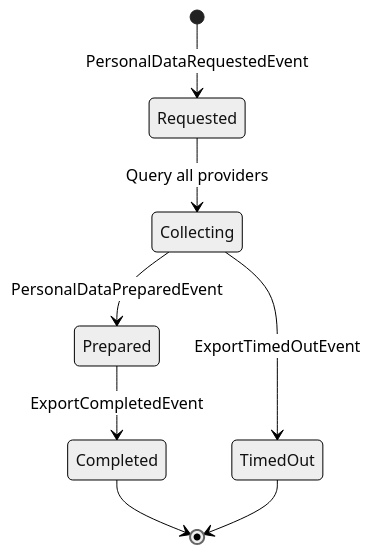
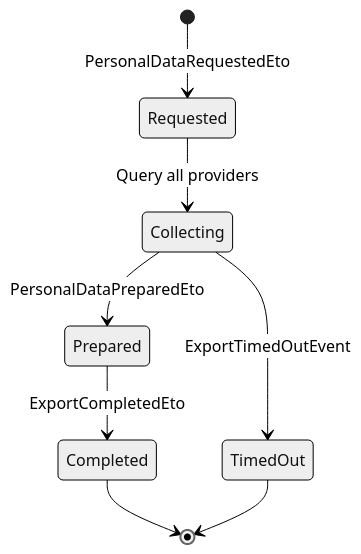
The first of 2 diagrams in docs-site/src/content/docs/dotnet/security/privacy.mdx (granit-fx/granit-dotnet), drawn with Mermaid (neutral theme) before and after one commit. The commit also changed other lines of this file and 49 other files, not shown here.

First line of the commit message:
refactor(events): standardize event naming — *Event for domain, *Eto for integration (#461)

````diff
--- a/docs-site/src/content/docs/dotnet/security/privacy.mdx
+++ b/docs-site/src/content/docs/dotnet/security/privacy.mdx
@@ -71,10 +71,10 @@
 ```mermaid
 stateDiagram-v2
-    [*] --> Requested: PersonalDataRequestedEvent
+    [*] --> Requested: PersonalDataRequestedEto
     Requested --> Collecting: Query all providers
-    Collecting --> Prepared: PersonalDataPreparedEvent
-    Prepared --> Completed: ExportCompletedEvent
+    Collecting --> Prepared: PersonalDataPreparedEto
+    Prepared --> Completed: ExportCompletedEto
     Collecting --> TimedOut: ExportTimedOutEvent
     Completed --> [*]
     TimedOut --> [*]
 ```
````
